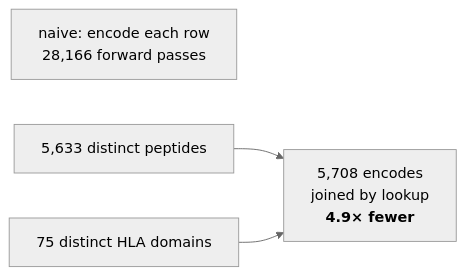
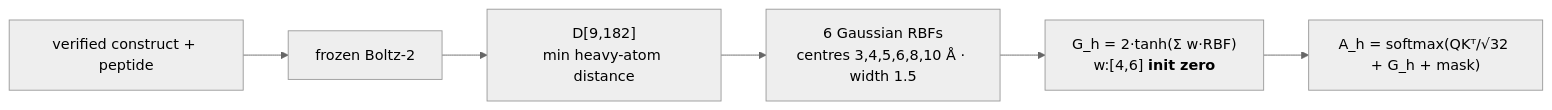
Before and after one commit to aswin-giridhar/london-ai-science-hackathon: the second of 2 diagrams in ARCHITECTURE.md, drawn with Mermaid (neutral theme). The commit also changed other lines of this file and 12 other files, not shown here.

````diff
--- a/ARCHITECTURE.md
+++ b/ARCHITECTURE.md
@@ -75,9 +100,8 @@
 ```mermaid
 flowchart LR
-    N["naive: encode each row<br/>28,166 forward passes"]
-    P["5,633 distinct peptides"]
-    Q["75 distinct HLA domains"]
-    C["5,708 encodes<br/>joined by lookup<br/><b>4.9× fewer</b>"]
-    P --> C
-    Q --> C
+    C["verified construct + peptide"] --> BZ["frozen Boltz-2"]
+    BZ --> DM["D[9,182]<br/>min heavy-atom distance"]
+    DM --> RB["6 Gaussian RBFs<br/>centres 3,4,5,6,8,10 Å · width 1.5"]
+    RB --> GB["G_h = 2·tanh(Σ w·RBF)<br/>w:[4,6] <b>init zero</b>"]
+    GB --> AT["A_h = softmax(QKᵀ/√32 + G_h + mask)"]
 ```
````
